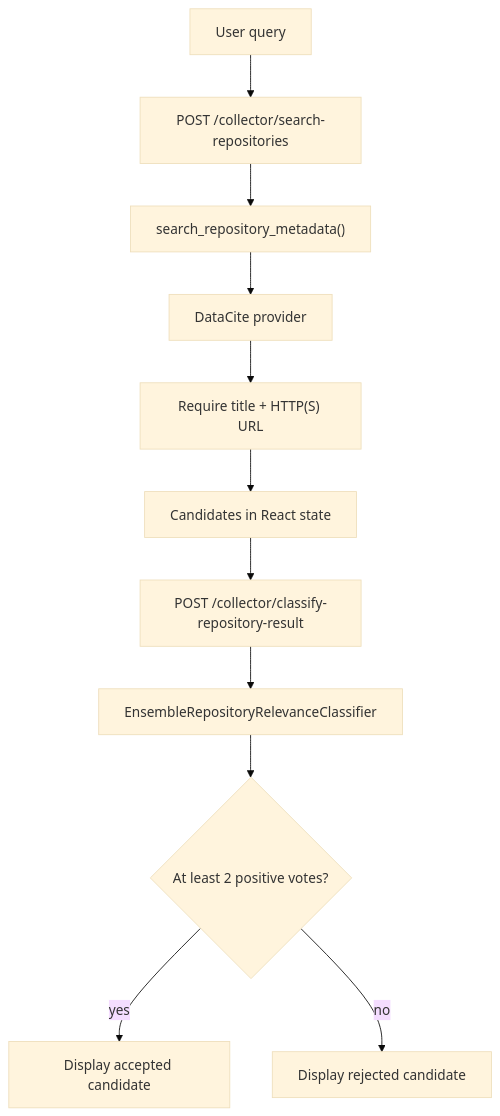
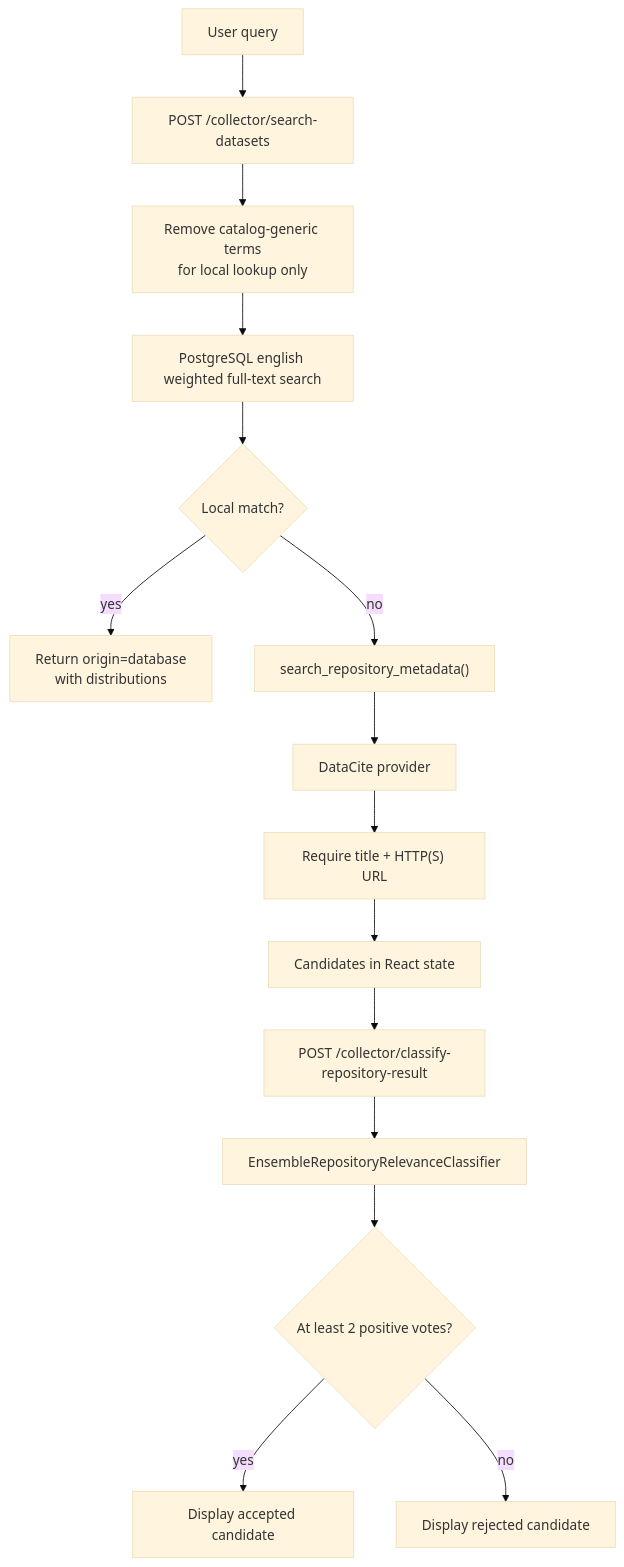
The second of 3 diagrams in docs/technical-design-document.md (nicolasberlin/global-health-dataset-catalog), drawn with Mermaid (base theme) before and after one commit. The commit also changed other lines of this file and 51 other files, not shown here.

````diff
--- a/docs/technical-design-document.md
+++ b/docs/technical-design-document.md
@@ -97,13 +98,17 @@
 ```mermaid
 flowchart TD
-    Query["User query"] --> SearchRoute["POST /collector/search-repositories"]
-    SearchRoute --> Service["search_repository_metadata()"]
+    Query["User query"] --> SearchRoute["POST /collector/search-datasets"]
+    SearchRoute --> LocalNormalize["Remove catalog-generic terms<br/>for local lookup only"]
+    LocalNormalize --> LocalSearch["PostgreSQL english weighted full-text search"]
+    LocalSearch --> LocalMatch{"Local match?"}
+    LocalMatch -->|yes| LocalResults["Return origin=database<br/>with distributions"]
+    LocalMatch -->|no| Service["search_repository_metadata()"]
     Service --> Provider["DataCite provider"]
     Provider --> Filter["Require title + HTTP(S) URL"]
     Filter --> UI["Candidates in React state"]
     UI --> ClassifyRoute["POST /collector/classify-repository-result"]
     ClassifyRoute --> RepoEnsemble["EnsembleRepositoryRelevanceClassifier"]
     RepoEnsemble --> Display{"At least 2 positive votes?"}
     Display -->|yes| Accepted["Display accepted candidate"]
     Display -->|no| Rejected["Display rejected candidate"]
 ```
````
